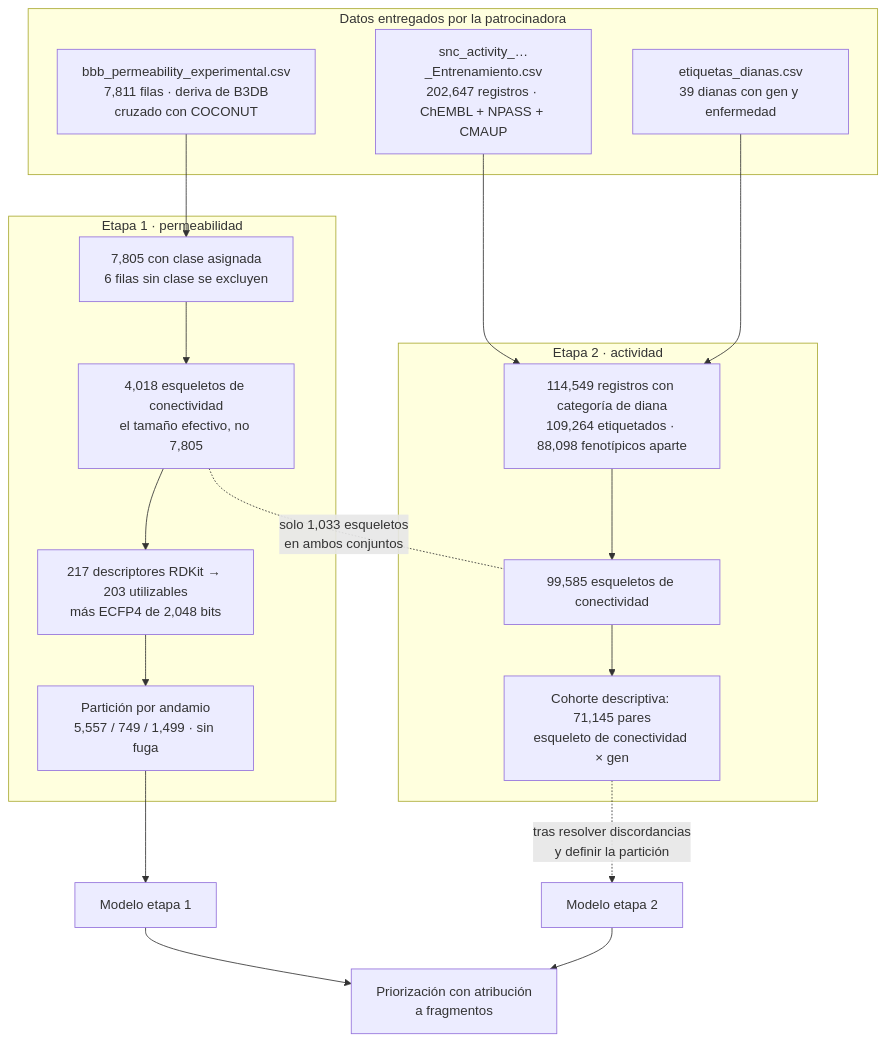
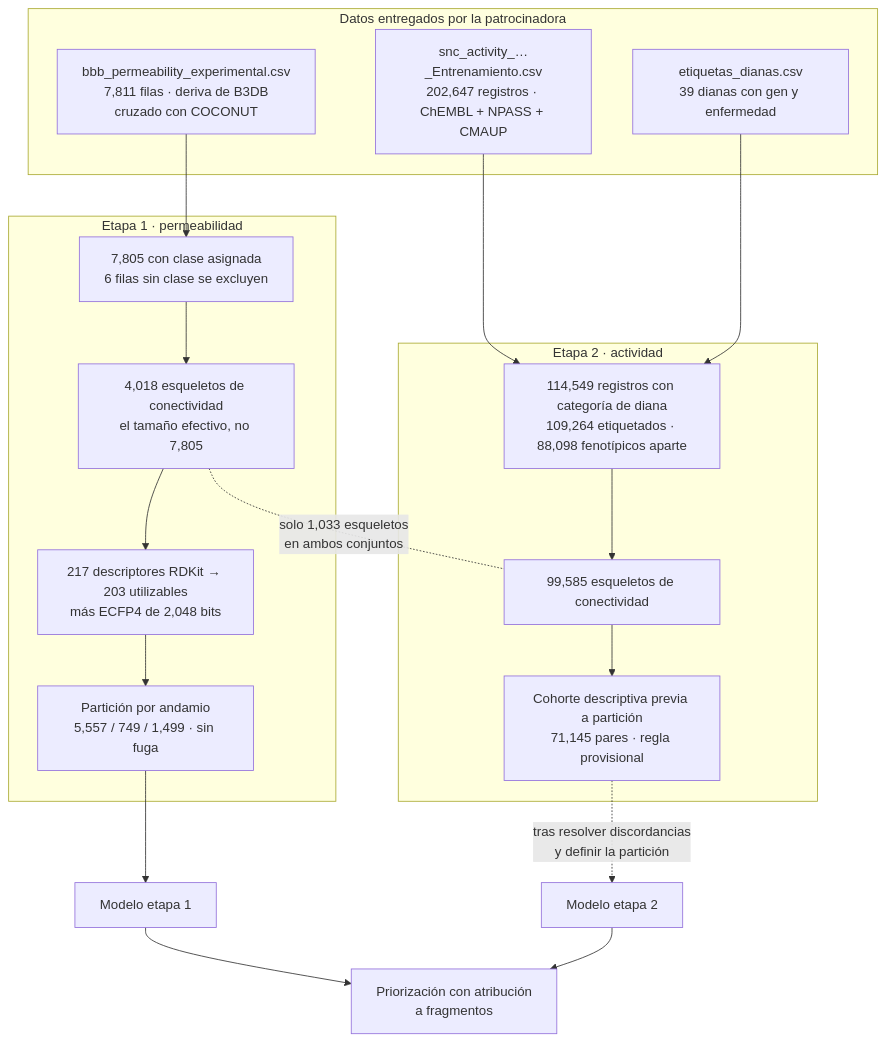
One commit to AntonioVazquezMartinez/Bioactive-AI changed the first of 2 diagrams in docs/linaje-datos.md. Above: the diagram before and after it, drawn with Mermaid. The commit also changed other lines of this file and 4 other files, not shown here.

````diff
--- a/docs/linaje-datos.md
+++ b/docs/linaje-datos.md
@@ -9,30 +9,30 @@
 ```{mermaid}
 flowchart TD
     subgraph fuentes["Datos entregados por la patrocinadora"]
         BBB["bbb_permeability_experimental.csv<br/>7,811 filas · deriva de B3DB<br/>cruzado con COCONUT"]
         SNC["snc_activity_…_Entrenamiento.csv<br/>202,647 registros · ChEMBL + NPASS + CMAUP"]
         DIA["etiquetas_dianas.csv<br/>39 dianas con gen y enfermedad"]
     end
 
     subgraph e1["Etapa 1 · permeabilidad"]
         B1["7,805 con clase asignada<br/>6 filas sin clase se excluyen"]
         B2["4,018 esqueletos de conectividad<br/>el tamaño efectivo, no 7,805"]
         B3["217 descriptores RDKit → 203 utilizables<br/>más ECFP4 de 2,048 bits"]
         B4["Partición por andamio<br/>5,557 / 749 / 1,499 · sin fuga"]
     end
 
     subgraph e2["Etapa 2 · actividad"]
         S1["114,549 registros con categoría de diana<br/>109,264 etiquetados · 88,098 fenotípicos aparte"]
         S2["99,585 esqueletos de conectividad"]
-        S3["Cohorte descriptiva: 71,145 pares<br/>esqueleto de conectividad × gen"]
+        S3["Cohorte descriptiva previa a partición<br/>71,145 pares · regla provisional"]
     end
 
     BBB --> B1 --> B2 --> B3 --> B4
     SNC --> S1 --> S2 --> S3
     DIA --> S1
     B4 --> M["Modelo etapa 1"]
     S3 -. "tras resolver discordancias<br/>y definir la partición" .-> N["Modelo etapa 2"]
     M --> P["Priorización con atribución<br/>a fragmentos"]
     N --> P
     B2 -. "solo 1,033 esqueletos<br/>en ambos conjuntos" .- S2
 ```
````
